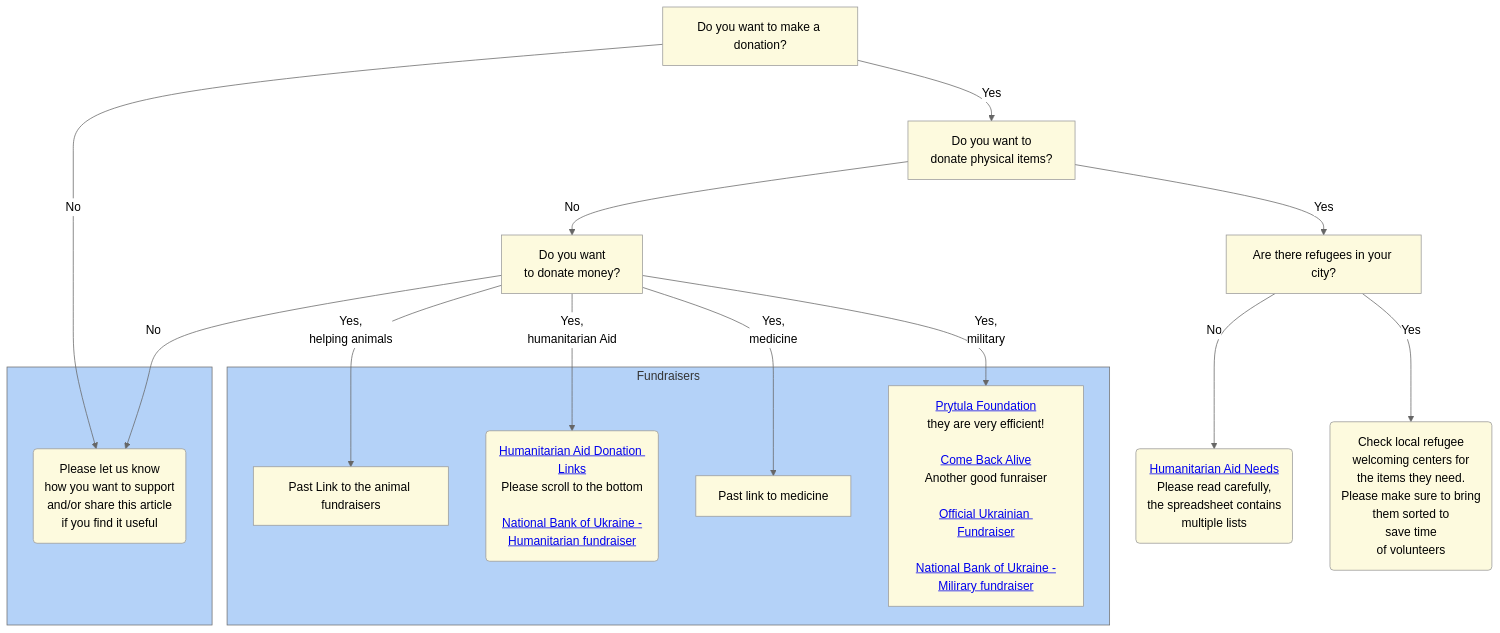
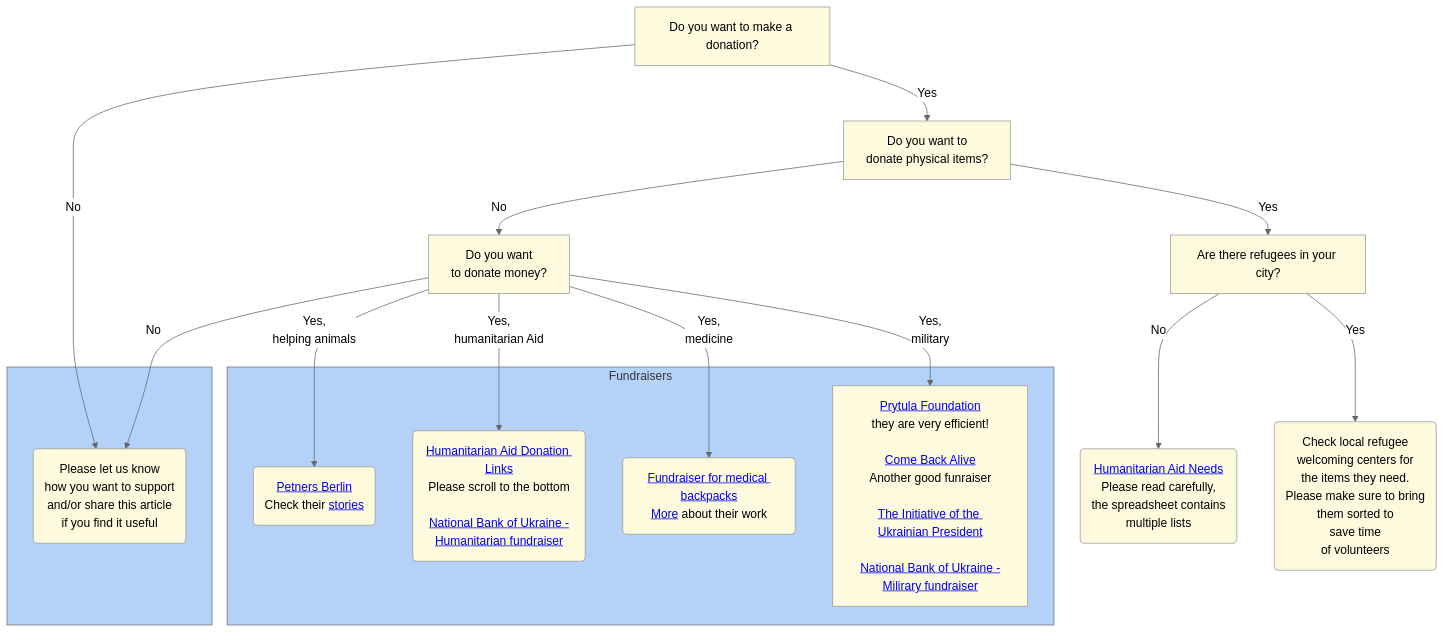
Before and after one commit to o-levchenko/publications: the second of 2 diagrams in volunteer_chart/volunteer_diagramm.md, drawn with Mermaid.

Commit message:
Added more links for fundraisers

````diff
--- a/volunteer_chart/volunteer_diagramm.md
+++ b/volunteer_chart/volunteer_diagramm.md
@@ -48,40 +48,40 @@
 ```mermaid
 %%{init: {'theme':'neutral', 'themeVariables': { 
 'clusterBkg': '#b4d2f8', 
 'mainBkg': '#fdfade'
 }}}%%
 flowchart TD;
     B[Do you want to make a donation?]
     E(Please let us know<br/>how you want to support<br/>and/or share this article<br/>if you find it useful)
     C[Do you want to<br/>donate physical items?]
     D[Do you want<br/>to donate money?]
-    F[Past Link to the animal fundraisers]
+    F(<a href='https://linktr.ee/petners.berlin'>Petners Berlin<a/><br/>Check their <a href='https://www.instagram.com/petners.berlin/'>stories</a>)
     G(<a href='https://aid.prytulafoundation.org/en/'>Humanitarian Aid Donation Links</a><br/>Please scroll to the bottom<br/><br/><a href='https://bank.gov.ua/en/about/humanitarian-aid-to-ukraine'>National Bank of Ukraine -<br/>Humanitarian fundraiser</a>)
-    H[Past link to medicine]
-    I[<a href='https://prytulafoundation.org/en/home/support_page'>Prytula Foundation</a><br/>they are very efficient!<br/><br/><a href='https://www.comebackalive.in.ua/donate'>Come Back Alive</a><br/>Another good funraiser<br/><br/><a href='https://u24.gov.ua/'>Official Ukrainian Fundraiser</a><br/><br/><a href='https://bank.gov.ua/en/about/support-the-armed-forces'>National Bank of Ukraine -<br/>Milirary fundraiser</a>]
+    H(<a href='https://www.betterplace.org/en/projects/107938'>Fundraiser for medical backpacks</a><br/><a href='https://www.instagram.com/plast_berlin_helps/?hl=en'>More</a> about their work)
+    I[<a href='https://prytulafoundation.org/en/home/support_page'>Prytula Foundation</a><br/>they are very efficient!<br/><br/><a href='https://www.comebackalive.in.ua/donate'>Come Back Alive</a><br/>Another good funraiser<br/><br/><a href='https://u24.gov.ua/'>The Initiative of the Ukrainian President</a><br/><br/><a href='https://bank.gov.ua/en/about/support-the-armed-forces'>National Bank of Ukraine -<br/>Milirary fundraiser</a>]
     J[Are there refugees in your city?]
     K(<a href='https://aid.prytulafoundation.org/en/'>Humanitarian Aid Needs</a><br/>Please read carefully,<br/>the spreadsheet contains<br/>multiple lists)
     L(Check local refugee<br/>welcoming centers for<br/>the items they need.<br/>Please make sure to bring<br/>them sorted to<br/>save time<br/>of volunteers)
     B -->|No| E
     B -->|Yes| C
     C -->|No| D
     D -->|No| E
     D -->|Yes,<br/>helping animals| F
     D -->|Yes,<br/>humanitarian Aid| G
     D -->|Yes,<br/>medicine| H
     D -->|Yes,<br/>military| I
     C -->|Yes| J
     J -->|No| K
     J -->|Yes| L
     
     subgraph Fundraisers
         F
         G
         H
         I
     end
     
     subgraph  
         E
     end
 ```
````
